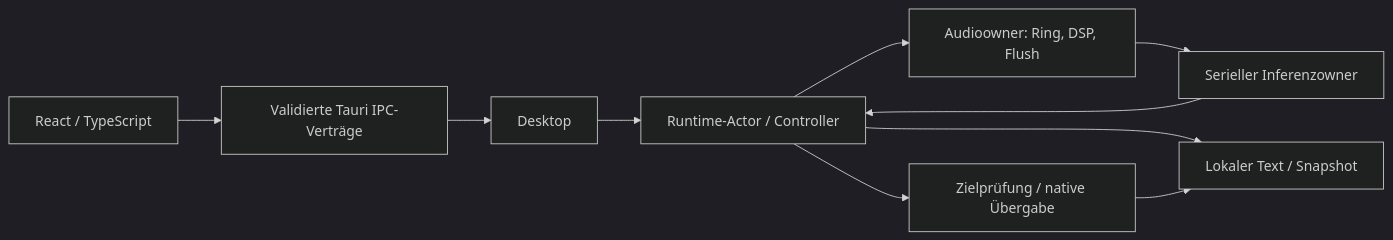
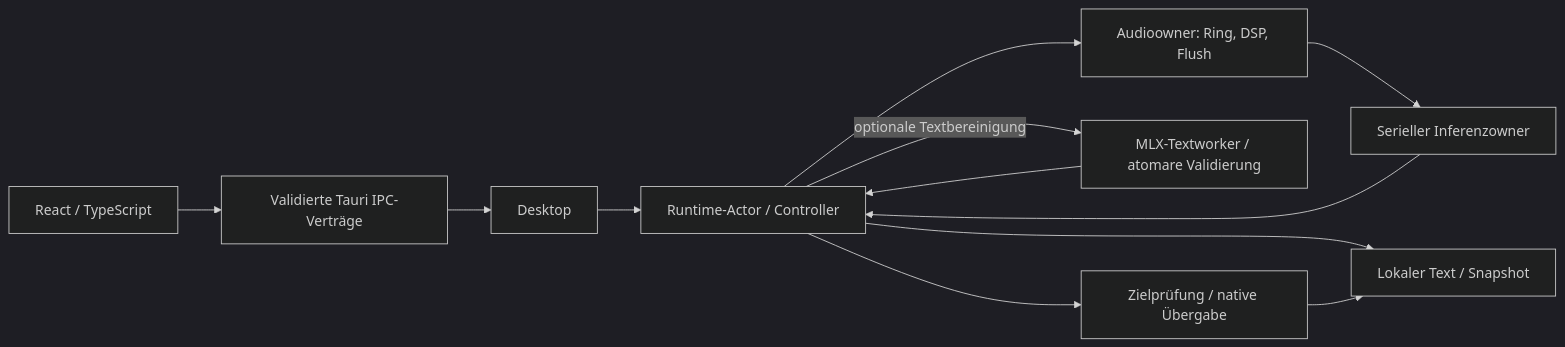
The diagram in docs/code-map.md (hoppworks/everlastChallenge), drawn with Mermaid (dark theme) before and after one commit. The commit also changed other lines of this file and 13 other files, not shown here.

````diff
--- a/docs/code-map.md
+++ b/docs/code-map.md
@@ -5,12 +5,14 @@
 ```mermaid
 flowchart LR
   UI[React / TypeScript] --> Bridge[Validierte Tauri IPC-Verträge]
   Bridge --> Desktop[Desktop]
   Desktop --> Runtime[Runtime-Actor / Controller]
   Runtime --> Audio[Audioowner: Ring, DSP, Flush]
   Audio --> Inference[Serieller Inferenzowner]
   Inference --> Runtime
+  Runtime -->|optionale Textbereinigung|Refinement[MLX-Textworker / atomare Validierung]
+  Refinement --> Runtime
   Runtime --> Native[Zielprüfung / native Übergabe]
   Runtime --> Local[Lokaler Text / Snapshot]
   Native --> Local
 ```
````
